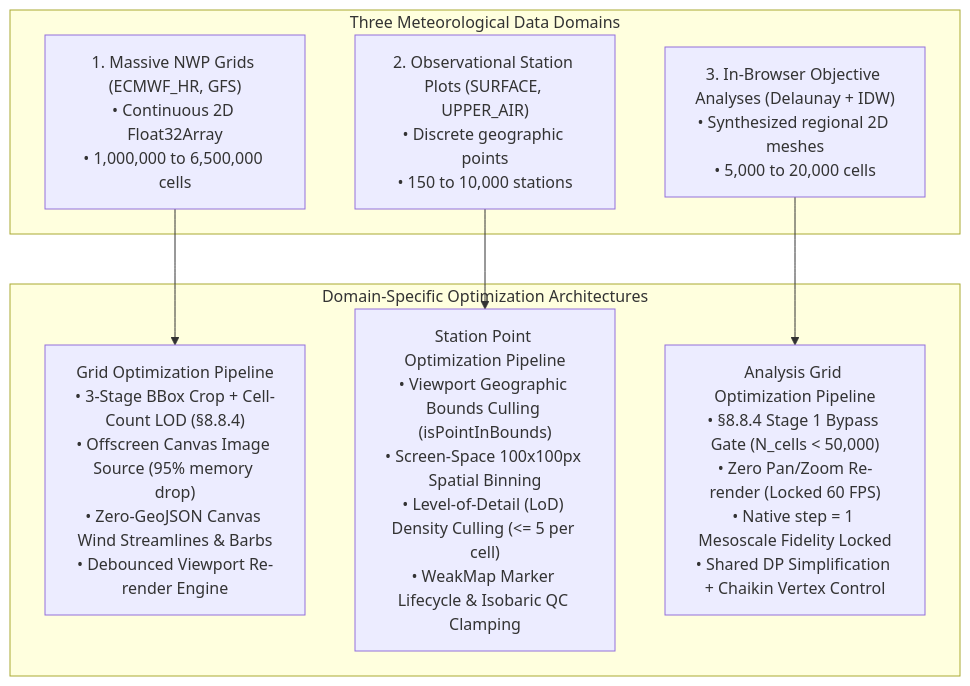
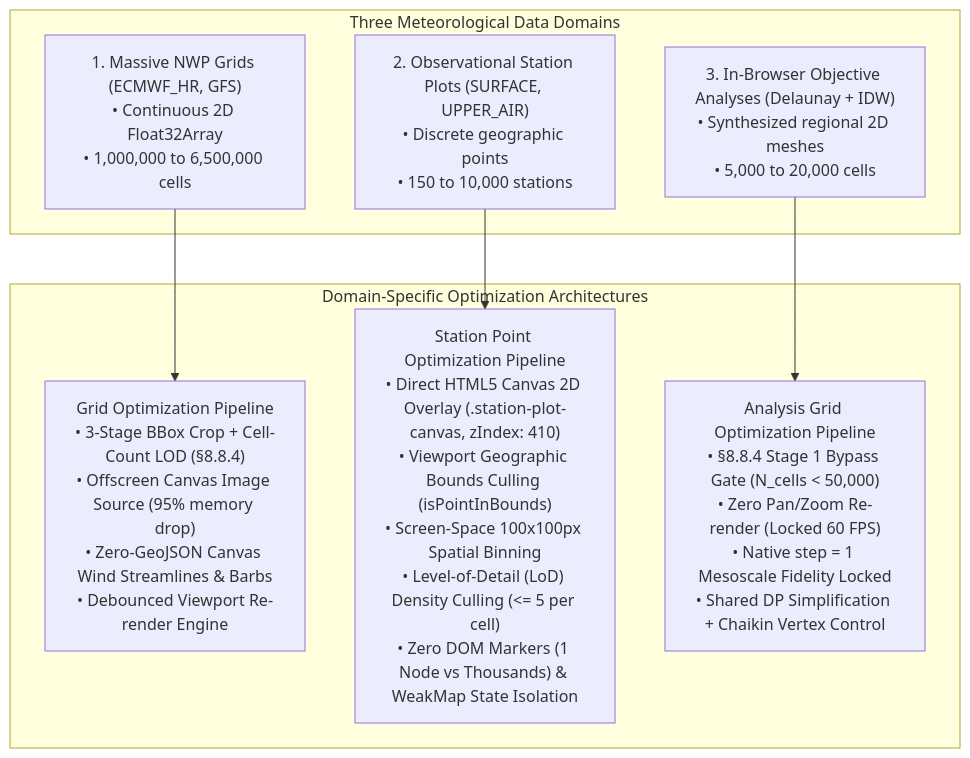
One commit to likev/micaps-web changed the seventh of 8 diagrams in Architecture.md. Above: the diagram before and after it, drawn with Mermaid. The commit also changed other lines of this file and 3 other files, not shown here.

Commit message:
feat(station): upgrade surface and upper-air station plots to direct HTML5 Canvas 2D overlay for locked 60 FPS navigation

````diff
--- a/Architecture.md
+++ b/Architecture.md
@@ -954,14 +954,14 @@
 ```mermaid
 flowchart TD
     subgraph ThreeDomains ["Three Meteorological Data Domains"]
         D1["1. Massive NWP Grids (ECMWF_HR, GFS)\n• Continuous 2D Float32Array\n• 1,000,000 to 6,500,000 cells"]
         D2["2. Observational Station Plots (SURFACE, UPPER_AIR)\n• Discrete geographic points\n• 150 to 10,000 stations"]
         D3["3. In-Browser Objective Analyses (Delaunay + IDW)\n• Synthesized regional 2D meshes\n• 5,000 to 20,000 cells"]
     end
 
     subgraph OptimizationPipelines ["Domain-Specific Optimization Architectures"]
         D1 --> P1["Grid Optimization Pipeline\n• 3-Stage BBox Crop + Cell-Count LOD (§8.8.4)\n• Offscreen Canvas Image Source (95% memory drop)\n• Zero-GeoJSON Canvas Wind Streamlines & Barbs\n• Debounced Viewport Re-render Engine"]
-        D2 --> P2["Station Point Optimization Pipeline\n• Viewport Geographic Bounds Culling (isPointInBounds)\n• Screen-Space 100x100px Spatial Binning\n• Level-of-Detail (LoD) Density Culling (<= 5 per cell)\n• WeakMap Marker Lifecycle & Isobaric QC Clamping"]
+        D2 --> P2["Station Point Optimization Pipeline\n• Direct HTML5 Canvas 2D Overlay (.station-plot-canvas, zIndex: 410)\n• Viewport Geographic Bounds Culling (isPointInBounds)\n• Screen-Space 100x100px Spatial Binning\n• Level-of-Detail (LoD) Density Culling (<= 5 per cell)\n• Zero DOM Markers (1 Node vs Thousands) & WeakMap State Isolation"]
         D3 --> P3["Analysis Grid Optimization Pipeline\n• §8.8.4 Stage 1 Bypass Gate (N_cells < 50,000)\n• Zero Pan/Zoom Re-render (Locked 60 FPS)\n• Native step = 1 Mesoscale Fidelity Locked\n• Shared DP Simplification + Chaikin Vertex Control"]
     end
 ```
````
